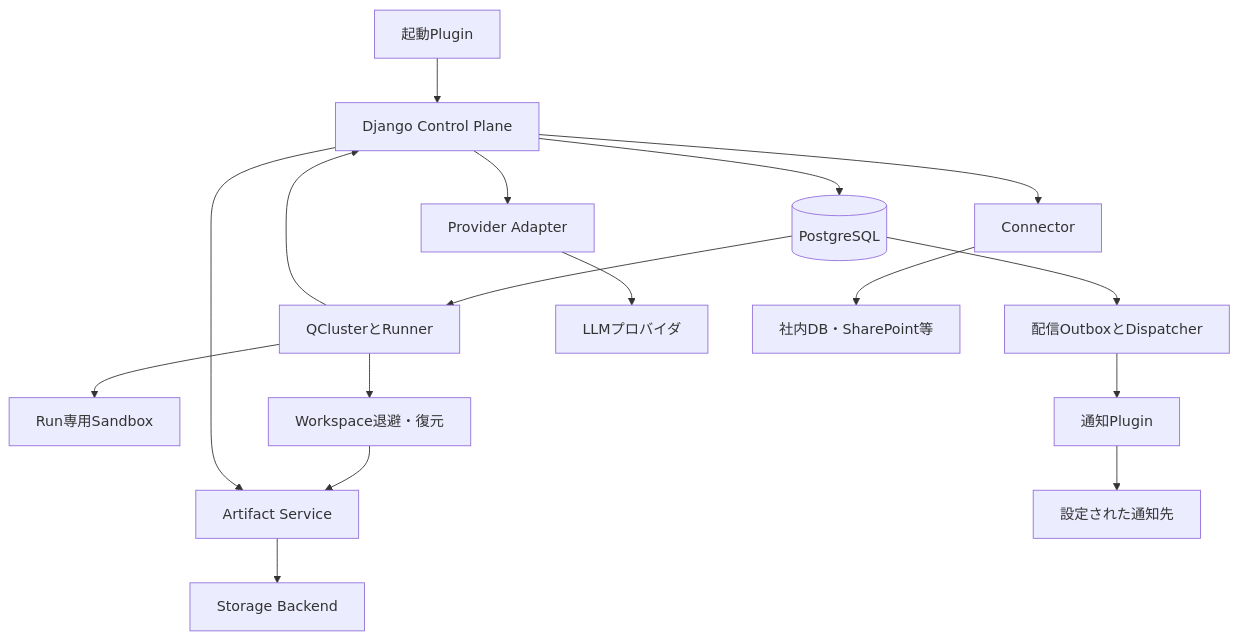
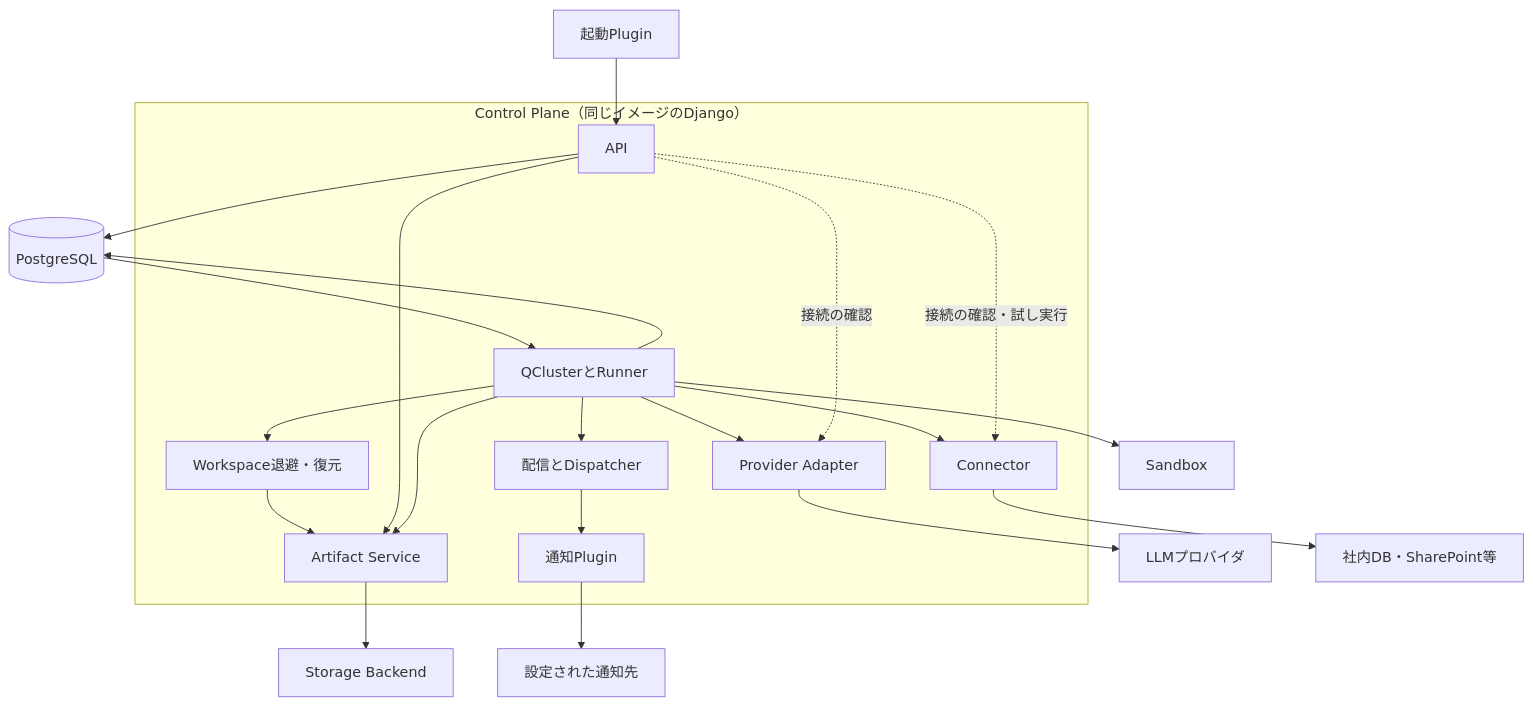
Before and after one commit to shunsukeaihara/yoriki: the first of 3 diagrams in docs/design.md, drawn with Mermaid. The commit also changed other lines of this file and 1 other file, not shown here.

Commit message:
Show LLM and connector calls under qcluster in the architecture diagram (#84)
Runs call providers and connectors from the Runner inside qcluster, not through the API. Define Control Plane as the API and qcluster together.

````diff
--- a/docs/design.md
+++ b/docs/design.md
@@ -375,19 +375,26 @@
 ```mermaid
 flowchart TD
-  T[起動Plugin] --> A[Django Control Plane]
+  T[起動Plugin] --> A
+  subgraph CP[Control Plane（同じイメージのDjango）]
+    A[API]
+    Q[QClusterとRunner]
+    Q --> P[Workspace退避・復元]
+    P --> F[Artifact Service]
+    A --> F
+    Q --> F
+    Q --> N[配信とDispatcher]
+    N --> C[通知Plugin]
+    Q --> L[Provider Adapter]
+    Q --> K[Connector]
+    A -. 接続の確認 .-> L
+    A -. 接続の確認・試し実行 .-> K
+  end
   A --> D[(PostgreSQL)]
-  D --> Q[QClusterとRunner]
-  Q --> S[Run専用Sandbox]
-  Q --> P[Workspace退避・復元]
-  P --> F[Artifact Service]
-  A --> F
+  D --> Q
+  Q --> D
+  Q --> S[Sandbox]
   F --> B[Storage Backend]
-  Q --> A
-  D --> N[配信OutboxとDispatcher]
-  N --> C[通知Plugin]
   C --> X[設定された通知先]
-  A --> L[Provider Adapter]
   L --> M[LLMプロバイダ]
-  A --> K[Connector]
   K --> E[社内DB・SharePoint等]
 ```
````
